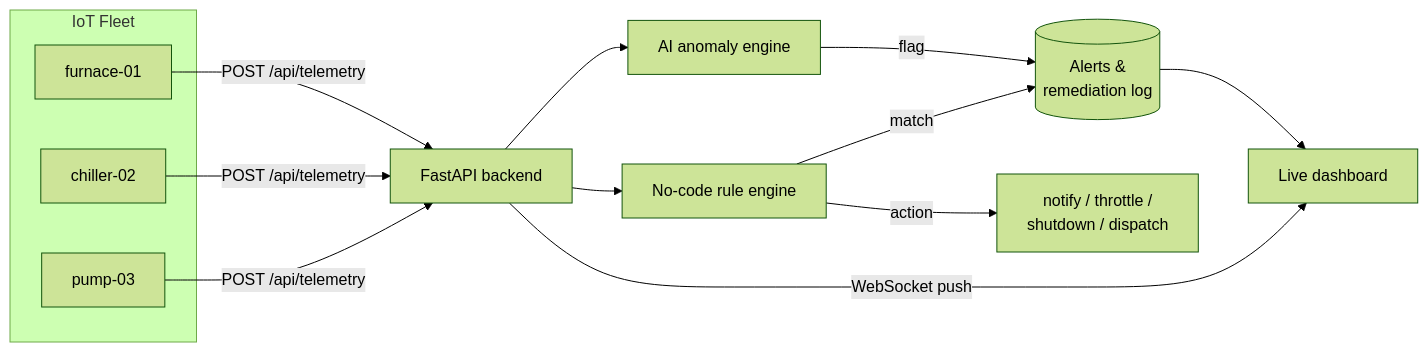
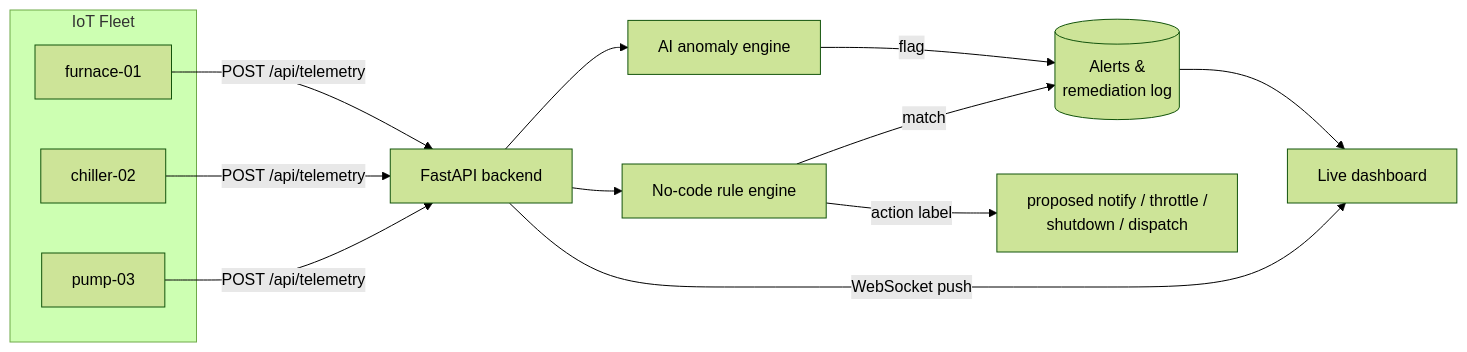
One commit to abrilvillita/argus-ai changed the diagram in README.md. Above: the diagram before and after it, drawn with Mermaid (forest theme). The commit also changed other lines of this file and 1 other file, not shown here.

````diff
--- a/README.md
+++ b/README.md
@@ -23,16 +23,16 @@
 ```mermaid
 flowchart LR
     subgraph Devices["IoT Fleet"]
         D1[furnace-01]
         D2[chiller-02]
         D3[pump-03]
     end
     D1 & D2 & D3 -->|POST /api/telemetry| API[FastAPI backend]
     API --> AI[AI anomaly engine]
     API --> RULES[No-code rule engine]
     AI -->|flag| ALERTS[(Alerts &<br/>remediation log)]
     RULES -->|match| ALERTS
-    RULES -->|action| ACT[notify / throttle /<br/>shutdown / dispatch]
+    RULES -->|action label| ACT[proposed notify / throttle /<br/>shutdown / dispatch]
     API -->|WebSocket push| DASH[Live dashboard]
     ALERTS --> DASH
 ```
````
